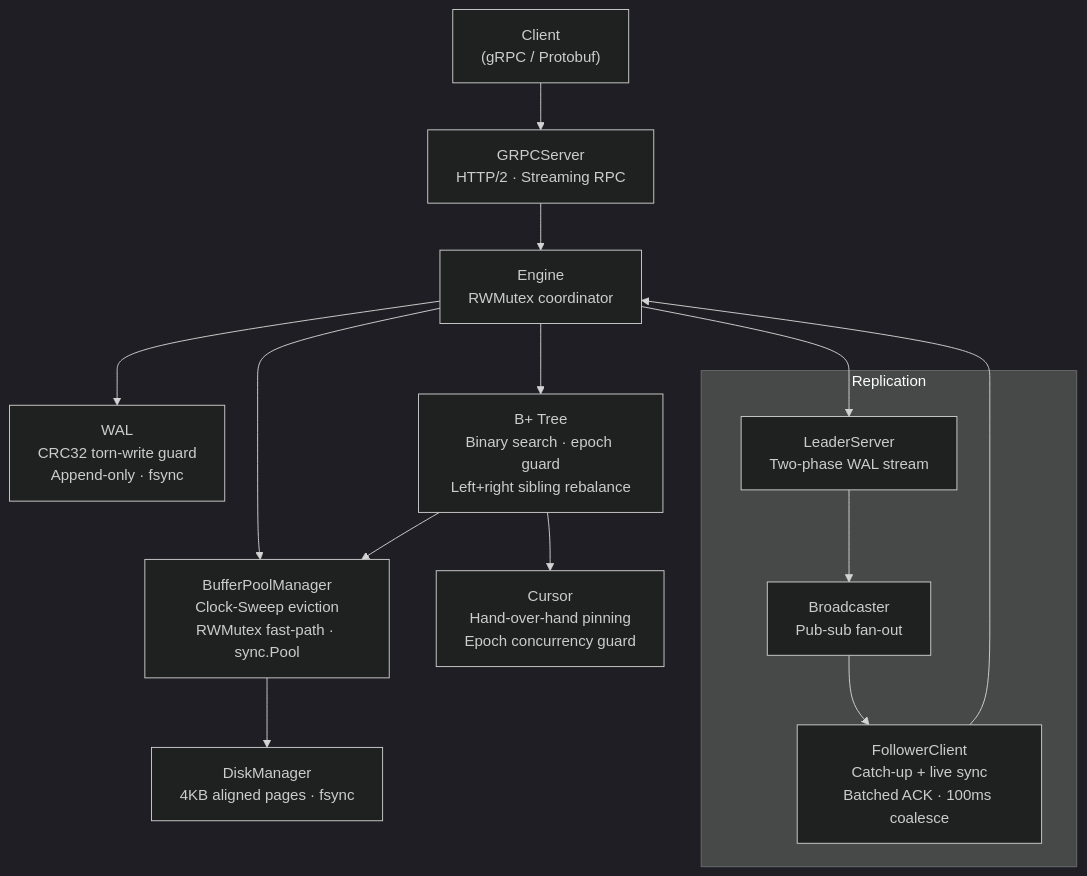
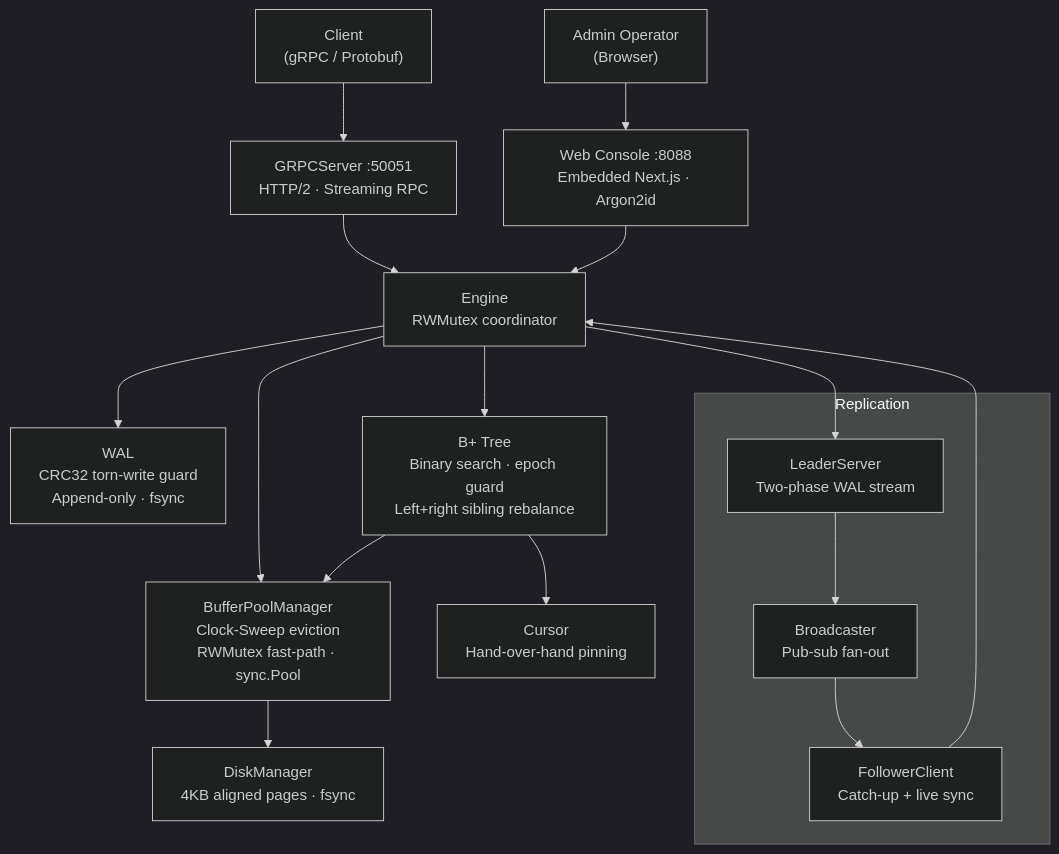
The diagram in README.md (ChromaBeast/BeastDB), drawn with Mermaid (dark theme) before and after one commit. The commit also changed other lines of this file and 84 other files, not shown here.

````diff
--- a/README.md
+++ b/README.md
@@ -56,23 +67,24 @@
 ```mermaid
 flowchart TD
-    Client["Client\n(gRPC / Protobuf)"] --> GS["GRPCServer\nHTTP/2 · Streaming RPC"]
+    Client["Client\n(gRPC / Protobuf)"] --> GS["GRPCServer :50051\nHTTP/2 · Streaming RPC"]
+    Browser["Admin Operator\n(Browser)"] --> WS["Web Console :8088\nEmbedded Next.js · Argon2id"]
 
     GS --> E["Engine\nRWMutex coordinator"]
+    WS --> E
 
     E --> WAL["WAL\nCRC32 torn-write guard\nAppend-only · fsync"]
     E --> BPM["BufferPoolManager\nClock-Sweep eviction\nRWMutex fast-path · sync.Pool"]
     E --> BT["B+ Tree\nBinary search · epoch guard\nLeft+right sibling rebalance"]
 
     BPM --> DM["DiskManager\n4KB aligned pages · fsync"]
     BT --> BPM
-
-    BT --> CUR["Cursor\nHand-over-hand pinning\nEpoch concurrency guard"]
+    BT --> CUR["Cursor\nHand-over-hand pinning"]
 
     subgraph Replication
         L["LeaderServer\nTwo-phase WAL stream"] --> BC["Broadcaster\nPub-sub fan-out"]
-        BC --> F["FollowerClient\nCatch-up + live sync\nBatched ACK · 100ms coalesce"]
+        BC --> F["FollowerClient\nCatch-up + live sync"]
     end
 
     E --> L
     F --> E
 ```
````
